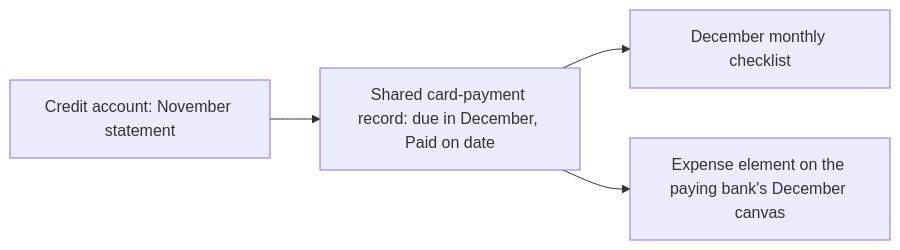
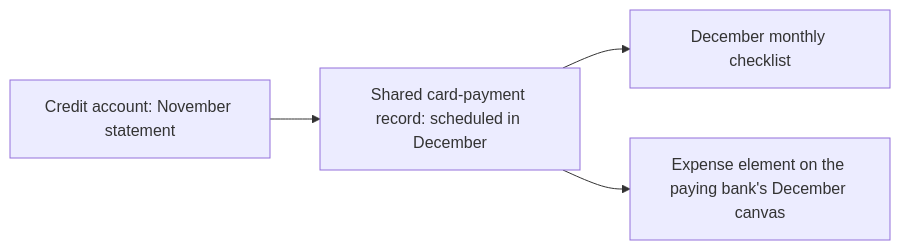
The fourth of 5 diagrams in personal-dashboard/docs/technical/money-flow-canvas.md (chvaldez10/fin-strat), drawn with Mermaid before and after one commit. The commit also changed other lines of this file and 34 other files, not shown here.

Commit message:
clean up money flow ui

````diff
--- a/personal-dashboard/docs/technical/money-flow-canvas.md
+++ b/personal-dashboard/docs/technical/money-flow-canvas.md
@@ -172,11 +238,11 @@
 ```mermaid
 flowchart LR
     Statement["Credit account: November statement"]
-    Payment["Shared card-payment record: due in December, Paid on date"]
+    Payment["Shared card-payment record: scheduled in December"]
     Planner["December monthly checklist"]
     Element["Expense element on the paying bank's December canvas"]
 
     Statement --> Payment
     Payment --> Planner
     Payment --> Element
 ```
````
